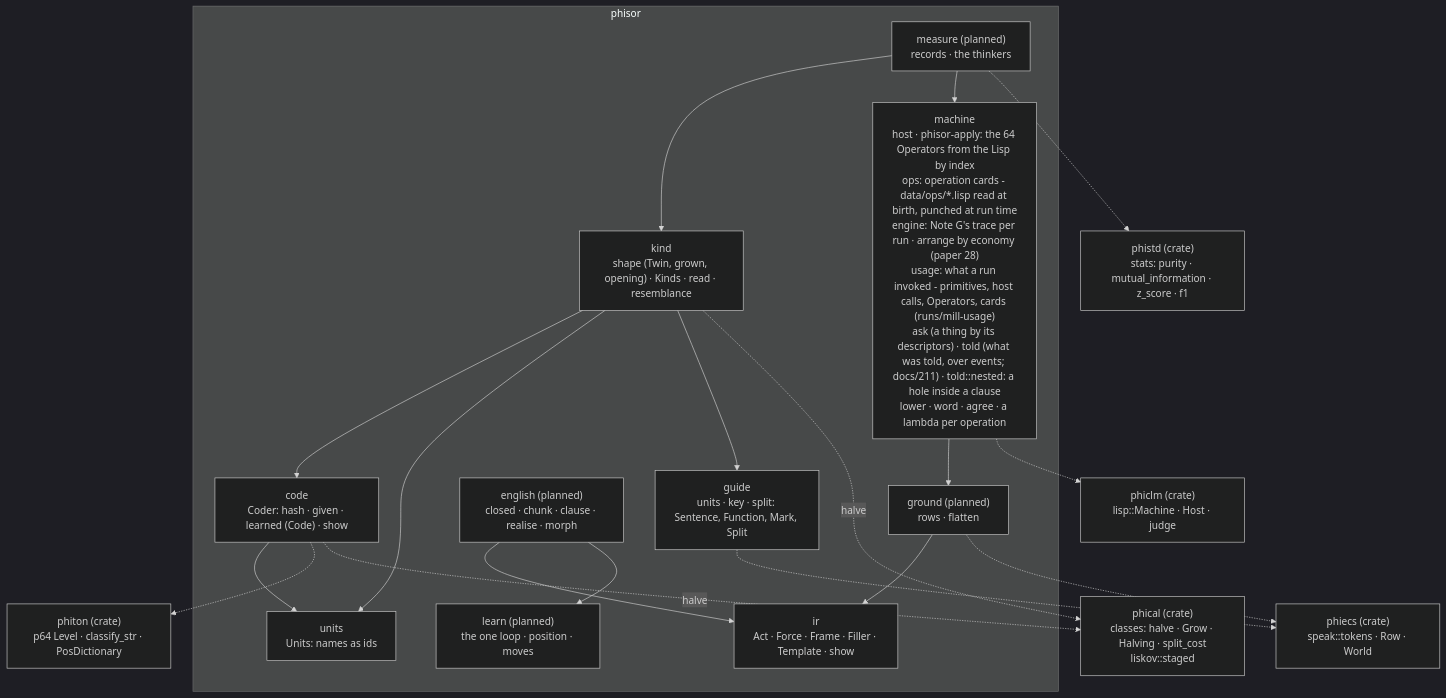
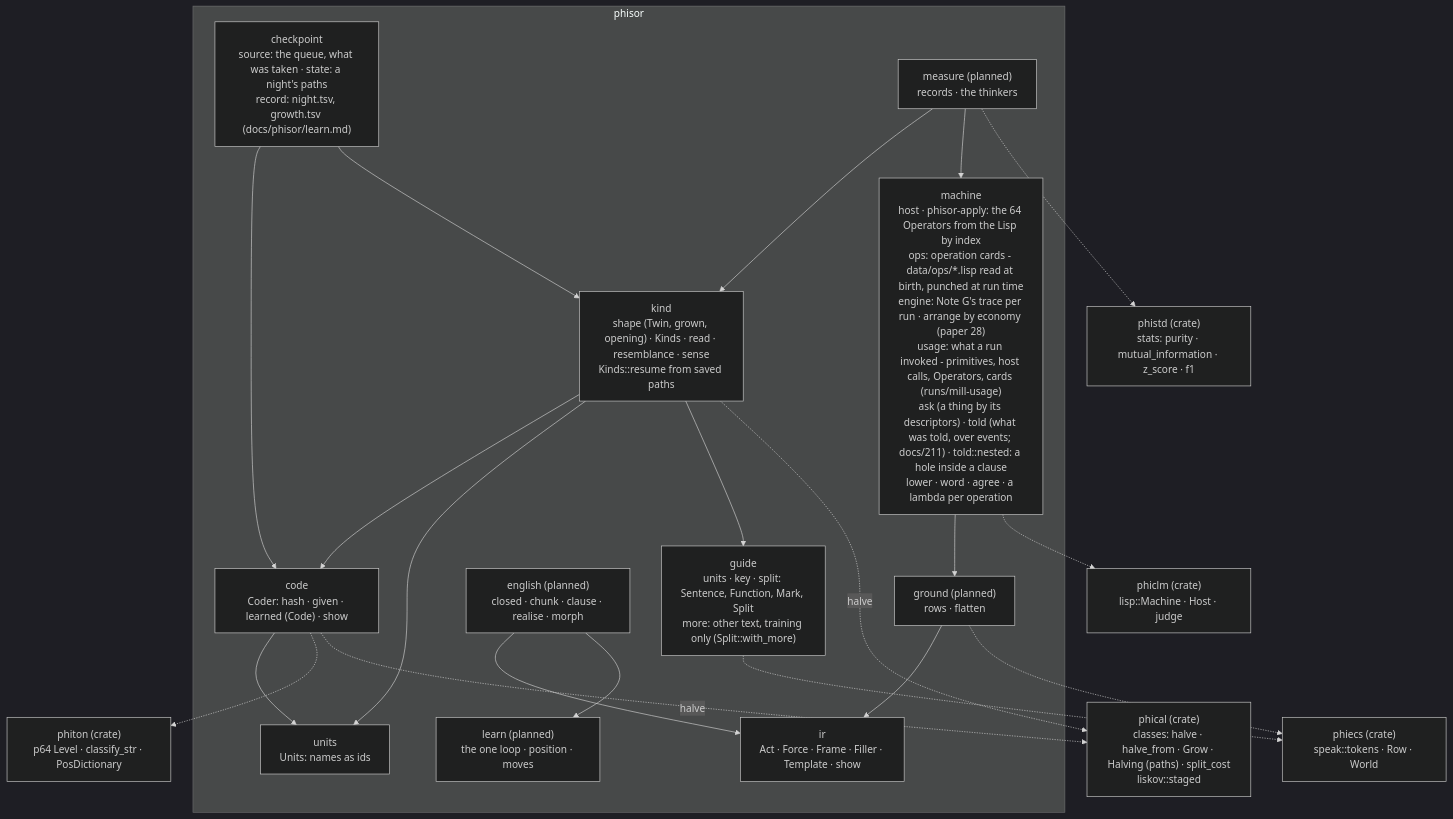
Before and after one commit to gemphi/phinet: the first of 3 diagrams in crates/phisor/ARCHITECTURE.md, drawn with Mermaid (dark theme). The commit also changed 29 other files, not shown here.

````diff
--- a/crates/phisor/ARCHITECTURE.md
+++ b/crates/phisor/ARCHITECTURE.md
@@ -5,37 +5,40 @@
 ```mermaid
 graph TB
     subgraph crate["phisor"]
         ir["ir<br/>Act · Force · Frame · Filler · Template · show"]
-        guide["guide<br/>units · key · split: Sentence, Function, Mark, Split"]
+        guide["guide<br/>units · key · split: Sentence, Function, Mark, Split<br/>more: other text, training only (Split::with_more)"]
         code["code<br/>Coder: hash · given · learned (Code) · show"]
-        kind["kind<br/>shape (Twin, grown, opening) · Kinds · read · resemblance"]
+        kind["kind<br/>shape (Twin, grown, opening) · Kinds · read · resemblance · sense<br/>Kinds::resume from saved paths"]
+        checkpoint["checkpoint<br/>source: the queue, what was taken · state: a night's paths<br/>record: night.tsv, growth.tsv (docs/phisor/learn.md)"]
         units["units<br/>Units: names as ids"]
         english["english (planned)<br/>closed · chunk · clause · realise · morph"]
         learn["learn (planned)<br/>the one loop · position · moves"]
         ground["ground (planned)<br/>rows · flatten"]
         machine["machine<br/>host · phisor-apply: the 64 Operators from the Lisp by index<br/>ops: operation cards - data/ops/*.lisp read at birth, punched at run time<br/>engine: Note G's trace per run · arrange by economy (paper 28)<br/>usage: what a run invoked - primitives, host calls, Operators, cards (runs/mill-usage)<br/>ask (a thing by its descriptors) · told (what was told, over events; docs/211) · told::nested: a hole inside a clause<br/>lower · word · agree · a lambda per operation"]
         measure["measure (planned)<br/>records · the thinkers"]
     end
     code --> units
     kind --> code
     kind --> units
     kind --> guide
+    checkpoint --> code
+    checkpoint --> kind
     english --> ir
     english --> learn
     ground --> ir
     machine --> ground
     measure --> kind
     measure --> machine
     X_phiton["phiton (crate)<br/>p64 Level · classify_str · PosDictionary"]
-    X_phical["phical (crate)<br/>classes: halve · Grow · Halving · split_cost<br/>liskov::staged"]
+    X_phical["phical (crate)<br/>classes: halve · halve_from · Grow · Halving (paths) · split_cost<br/>liskov::staged"]
     X_phistd["phistd (crate)<br/>stats: purity · mutual_information · z_score · f1"]
     X_phiecs["phiecs (crate)<br/>speak::tokens · Row · World"]
     X_phiclm["phiclm (crate)<br/>lisp::Machine · Host · judge"]
     code -.-> X_phiton
     code -.->|"halve"| X_phical
     kind -.->|"halve"| X_phical
     guide -.-> X_phiecs
     ground -.-> X_phiecs
     machine -.-> X_phiclm
     measure -.-> X_phistd
 ```
````
